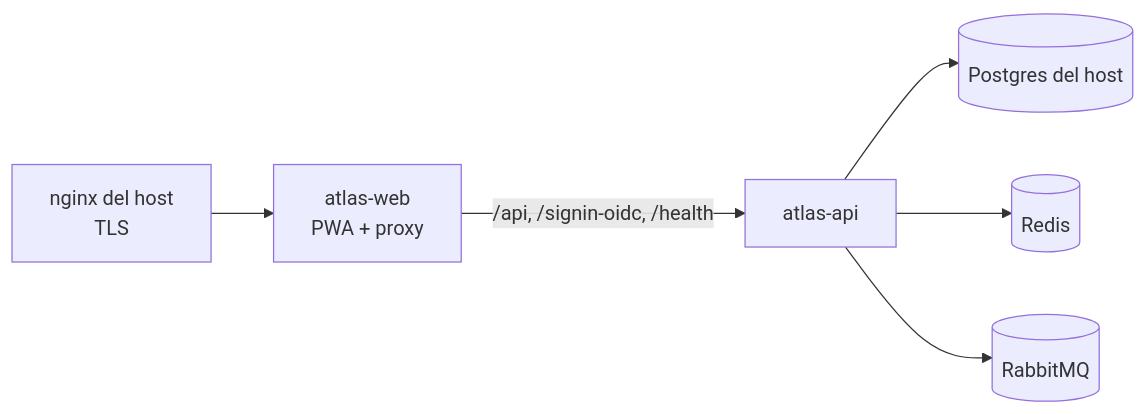
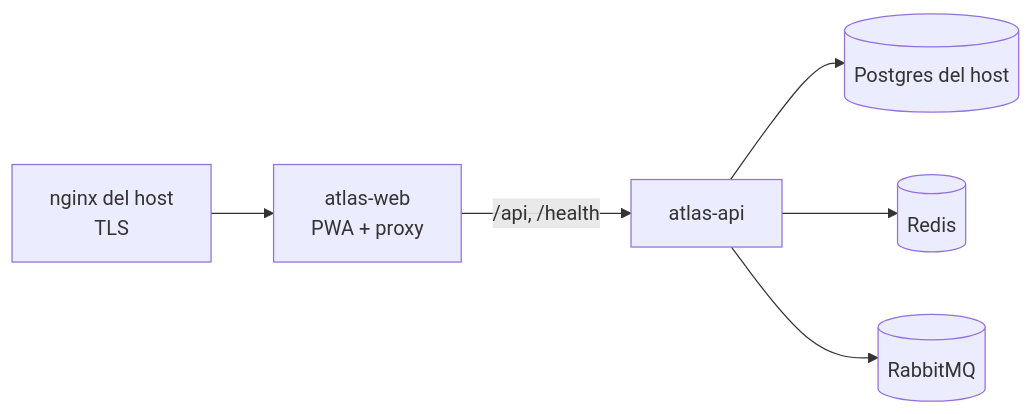
Before and after one commit to flitsas/flit-atlas: the diagram in deploy/README.md, drawn with Mermaid. The commit also changed 8 other files, not shown here.

````diff
--- a/deploy/README.md
+++ b/deploy/README.md
@@ -19,8 +19,8 @@
 ```mermaid
 flowchart LR
   N[nginx del host<br/>TLS] --> W[atlas-web<br/>PWA + proxy]
-  W -->|/api, /signin-oidc, /health| A[atlas-api]
+  W -->|/api, /health| A[atlas-api]
   A --> PG[(Postgres del host)]
   A --> R[(Redis)]
   A --> MQ[(RabbitMQ)]
 ```
````
